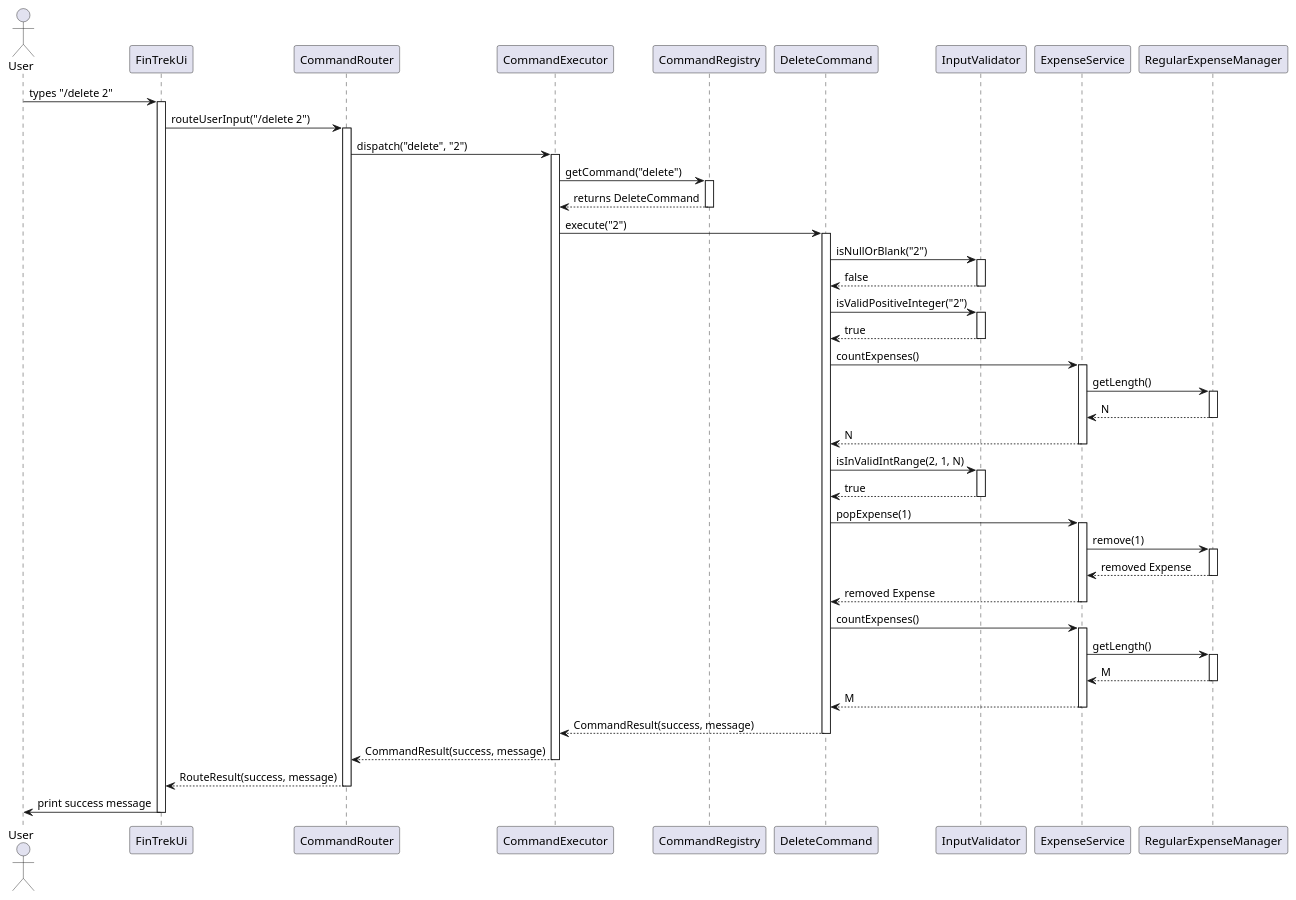
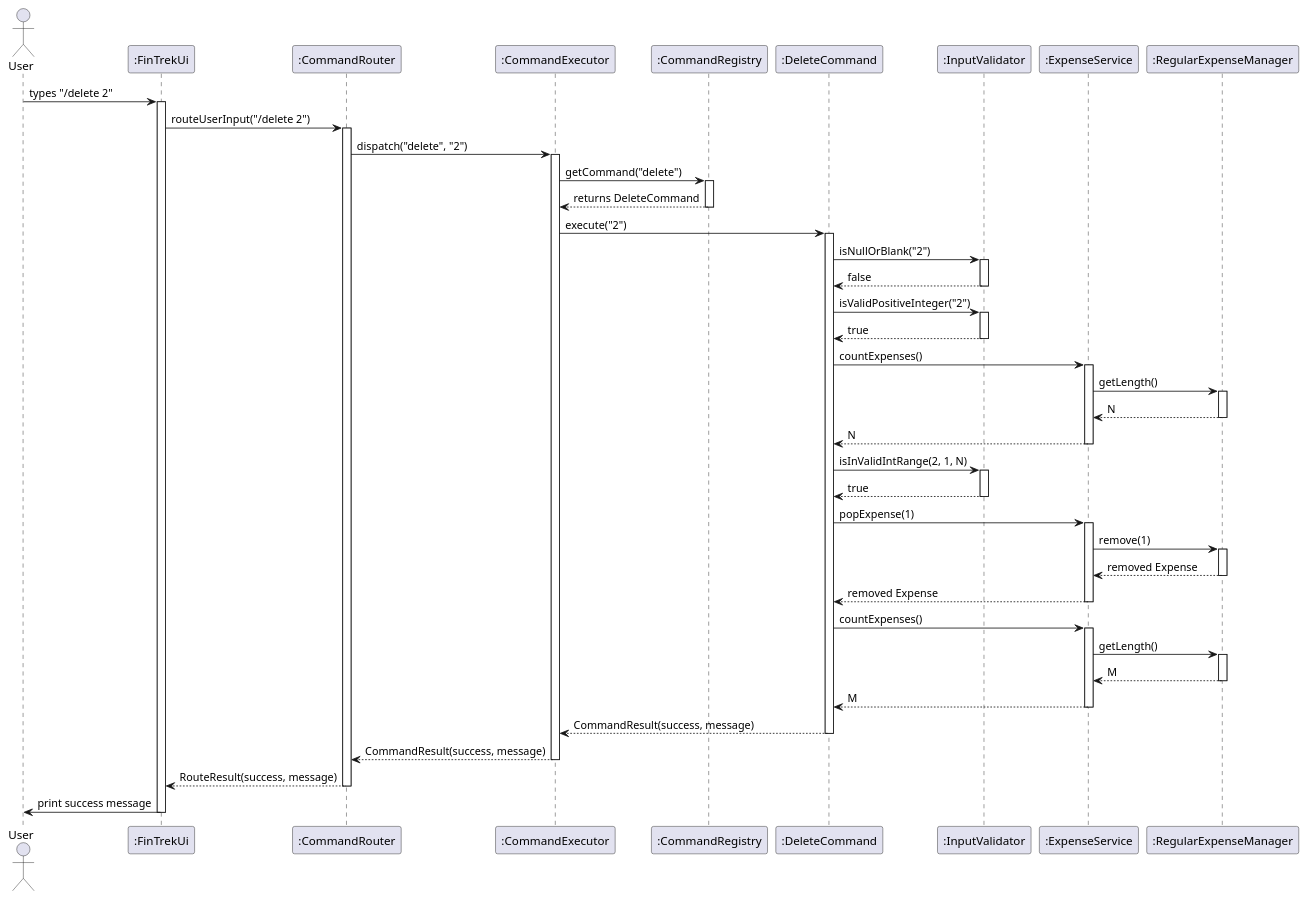
Before and after one commit to randust/tp: the diagram in docs/diagrams/sequence/delete.puml, drawn with PlantUML. The commit also changed 5 other files, not shown here.

Commit message:
Update Sequence Diagrams

```diff
--- a/docs/diagrams/sequence/delete.puml
+++ b/docs/diagrams/sequence/delete.puml
@@ -1,82 +1,82 @@
 @startuml delete.puml
 actor User
-participant "FinTrekUi" as FinTrek
-participant "CommandRouter" as Router
-participant "CommandExecutor" as Executor
-participant "CommandRegistry" as Registry
-participant "DeleteCommand" as DeleteCmd
-participant "InputValidator" as Validator
-participant "ExpenseService" as ExpenseSvc
-participant "RegularExpenseManager" as RegExpMgr
+participant ":FinTrekUi" as FinTrek
+participant ":CommandRouter" as Router
+participant ":CommandExecutor" as Executor
+participant ":CommandRegistry" as Registry
+participant ":DeleteCommand" as DeleteCmd
+participant ":InputValidator" as Validator
+participant ":ExpenseService" as ExpenseSvc
+participant ":RegularExpenseManager" as RegExpMgr
 
 User -> FinTrek : types "/delete 2"
 activate FinTrek
 
 FinTrek -> Router : routeUserInput("/delete 2")
 activate Router
 
 Router -> Executor : dispatch("delete", "2")
 activate Executor
 
 Executor -> Registry : getCommand("delete")
 activate Registry
 Registry --> Executor : returns DeleteCommand
 deactivate Registry
 
 Executor -> DeleteCmd : execute("2")
 activate DeleteCmd
 
 DeleteCmd -> Validator : isNullOrBlank("2")
 activate Validator
 Validator --> DeleteCmd : false
 deactivate Validator
 
 DeleteCmd -> Validator : isValidPositiveInteger("2")
 activate Validator
 Validator --> DeleteCmd : true
 deactivate Validator
 
 DeleteCmd -> ExpenseSvc : countExpenses()
 activate ExpenseSvc
 ExpenseSvc -> RegExpMgr : getLength()
 activate RegExpMgr
 RegExpMgr --> ExpenseSvc : N
 deactivate RegExpMgr
 ExpenseSvc --> DeleteCmd : N
 deactivate ExpenseSvc
 
 DeleteCmd -> Validator : isInValidIntRange(2, 1, N)
 activate Validator
 Validator --> DeleteCmd : true
 deactivate Validator
 
 DeleteCmd -> ExpenseSvc : popExpense(1)
 activate ExpenseSvc
 ExpenseSvc -> RegExpMgr : remove(1)
 activate RegExpMgr
 RegExpMgr --> ExpenseSvc : removed Expense
 deactivate RegExpMgr
 ExpenseSvc --> DeleteCmd : removed Expense
 deactivate ExpenseSvc
 
 DeleteCmd -> ExpenseSvc : countExpenses()
 activate ExpenseSvc
 ExpenseSvc -> RegExpMgr : getLength()
 activate RegExpMgr
 RegExpMgr --> ExpenseSvc : M
 deactivate RegExpMgr
 ExpenseSvc --> DeleteCmd : M
 deactivate ExpenseSvc
 
 DeleteCmd --> Executor : CommandResult(success, message)
 deactivate DeleteCmd
 
 Executor --> Router : CommandResult(success, message)
 deactivate Executor
 
 Router --> FinTrek : RouteResult(success, message)
 deactivate Router
 
 FinTrek -> User : print success message
 deactivate FinTrek
 @enduml
```
